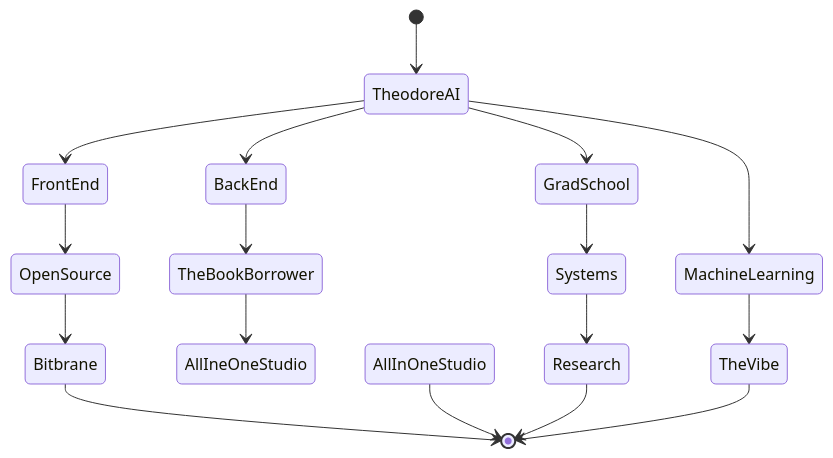
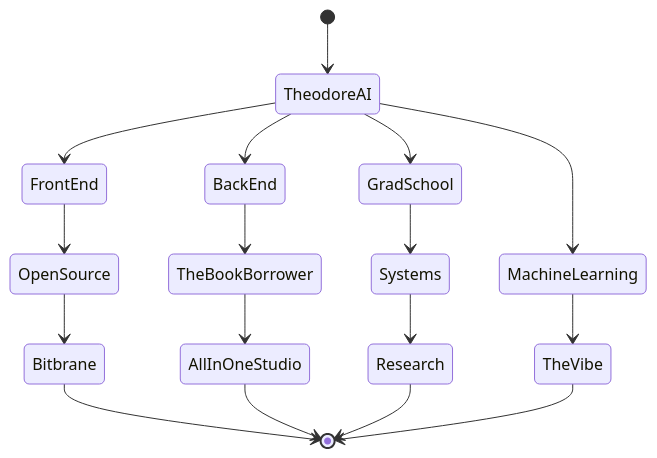
The diagram in README.md (TheodoreAI/TheodoreAI), drawn with Mermaid before and after one commit. The commit also changed other lines of this file, not shown here.

````diff
--- a/README.md
+++ b/README.md
@@ -14,26 +14,26 @@
  ```mermaid
   stateDiagram-v2
   [*] --> TheodoreAI
 
   TheodoreAI --> FrontEnd
   FrontEnd --> OpenSource
   OpenSource --> Bitbrane
   Bitbrane --> [*]
   
   TheodoreAI --> BackEnd
   BackEnd --> TheBookBorrower
-  TheBookBorrower --> AllIneOneStudio
+  TheBookBorrower --> AllInOneStudio
   AllInOneStudio --> [*]
 
   TheodoreAI --> GradSchool
   GradSchool --> Systems
   Systems --> Research
   Research --> [*]
  
   TheodoreAI --> MachineLearning
   MachineLearning --> TheVibe
   TheVibe --> [*]
 
 [*]
   
 ```
````
